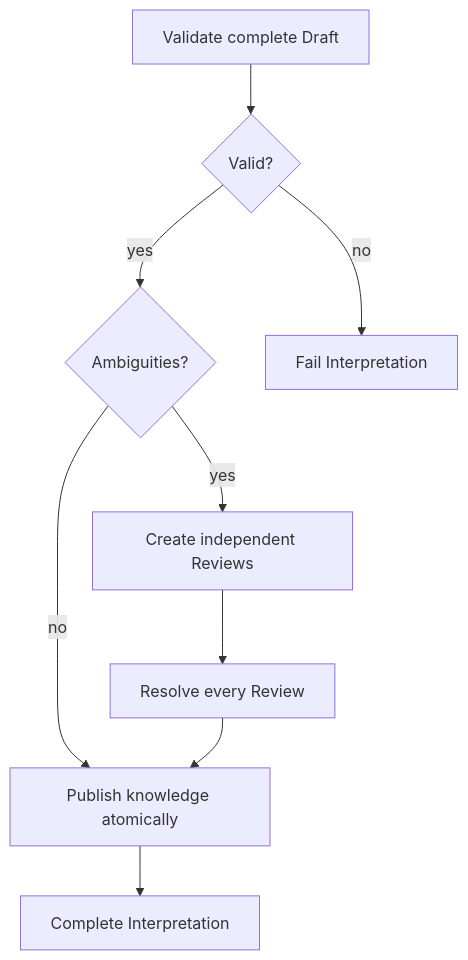
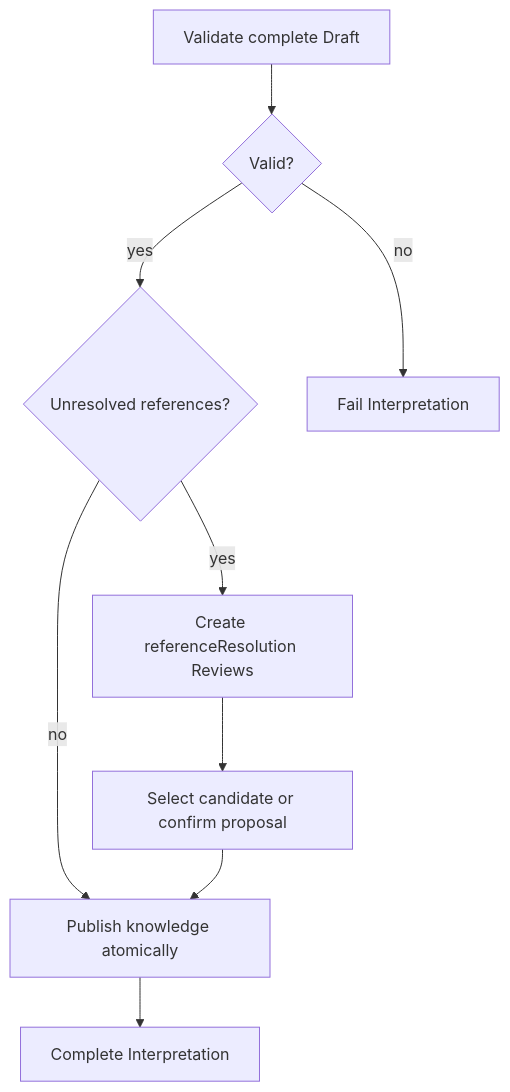
One commit to itmarck/wingman changed the third of 5 diagrams in docs/flows.md. Above: the diagram before and after it, drawn with Mermaid. The commit also changed other lines of this file and 21 other files, not shown here.

Commit message:
feat: implement reference resolution

````diff
--- a/docs/flows.md
+++ b/docs/flows.md
@@ -48,20 +51,20 @@
 ```mermaid
 flowchart TD
     Draft[Validate complete Draft]
     Valid{Valid?}
-    Ambiguous{Ambiguities?}
-    Reviews[Create independent Reviews]
-    Resolve[Resolve every Review]
+    Unresolved{Unresolved references?}
+    Reviews[Create referenceResolution Reviews]
+    Resolve[Select candidate or confirm proposal]
     Publish[Publish knowledge atomically]
     Complete[Complete Interpretation]
     Fail[Fail Interpretation]
 
     Draft --> Valid
     Valid -- no --> Fail
-    Valid -- yes --> Ambiguous
-    Ambiguous -- no --> Publish
-    Ambiguous -- yes --> Reviews
+    Valid -- yes --> Unresolved
+    Unresolved -- no --> Publish
+    Unresolved -- yes --> Reviews
     Reviews --> Resolve
     Resolve --> Publish
     Publish --> Complete
 ```
````
